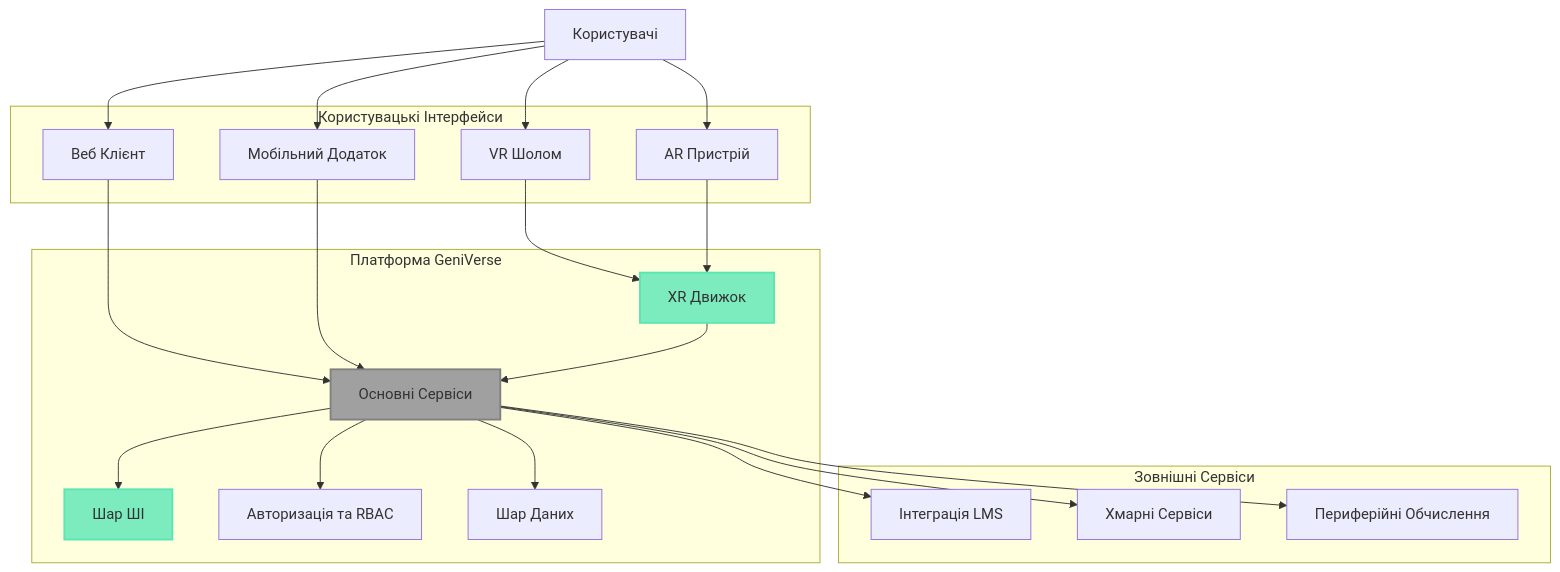
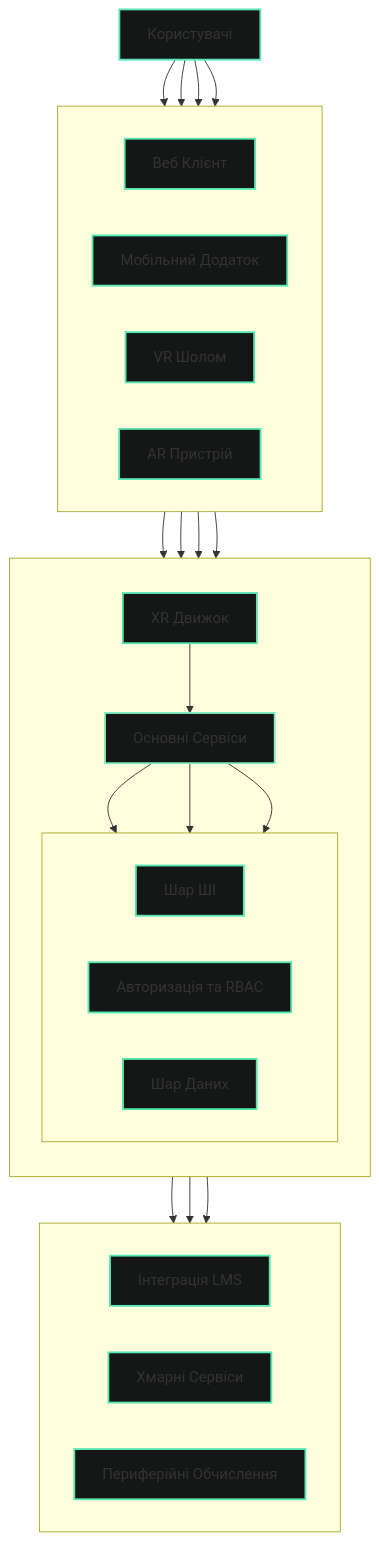
The diagram in i18n/uk/docusaurus-plugin-content-docs/current/overview.md (ivmarch/geniverse-docs), drawn with Mermaid before and after one commit. The commit also changed other lines of this file and 11 other files, not shown here.

Commit message:
Refactor System Architecture diagram with improved layout and add component descriptions

````diff
--- a/i18n/uk/docusaurus-plugin-content-docs/current/overview.md
+++ b/i18n/uk/docusaurus-plugin-content-docs/current/overview.md
@@ -19,46 +131,64 @@
 ```mermaid
 graph TB
-    subgraph "Платформа GeniVerse"
-        AI[Шар ШІ]
-        XR[XR Движок]
-        Core[Основні Сервіси]
-        Auth[Авторизація та RBAC]
-        Data[Шар Даних]
-    end
+    User[Користувачі]
     
-    subgraph "Користувацькі Інтерфейси"
+    subgraph UI[" "]
+        direction LR
         Web[Веб Клієнт]
         Mobile[Мобільний Додаток]
         VR[VR Шолом]
         AR[AR Пристрій]
     end
     
-    subgraph "Зовнішні Сервіси"
+    subgraph Platform[" "]
+        direction TB
+        Core[Основні Сервіси]
+        
+        subgraph PlatformServices[" "]
+            direction LR
+            AI[Шар ШІ]
+            Auth[Авторизація та RBAC]
+            Data[Шар Даних]
+        end
+        
+        XR[XR Движок]
+    end
+    
+    subgraph External[" "]
+        direction LR
         LMS[Інтеграція LMS]
         Cloud[Хмарні Сервіси]
         Edge[Периферійні Обчислення]
     end
     
-    User[Користувачі] --> Web
+    User --> Web
     User --> Mobile
     User --> VR
     User --> AR
     
     Web --> Core
     Mobile --> Core
     VR --> XR
     AR --> XR
     
     XR --> Core
     Core --> AI
     Core --> Auth
     Core --> Data
     
     Core --> LMS
     Core --> Cloud
     Core --> Edge
     
-    style AI fill:#7CECBF,stroke:#58E6B2,stroke-width:2px
-    style XR fill:#7CECBF,stroke:#58E6B2,stroke-width:2px
-    style Core fill:#A0A0A0,stroke:#808080,stroke-width:2px
+    classDef userClass fill:#141716,stroke:#58E6B2,stroke-width:2px
+    classDef uiClass fill:#141716,stroke:#58E6B2,stroke-width:2px
+    classDef coreClass fill:#141716,stroke:#7CECBF,stroke-width:2px
+    classDef platformClass fill:#141716,stroke:#58E6B2,stroke-width:2px
+    classDef externalClass fill:#141716,stroke:#58E6B2,stroke-width:2px
+    
+    class User userClass
+    class Web,Mobile,VR,AR uiClass
+    class Core coreClass
+    class AI,Auth,Data,XR platformClass
+    class LMS,Cloud,Edge externalClass
 ```
````
